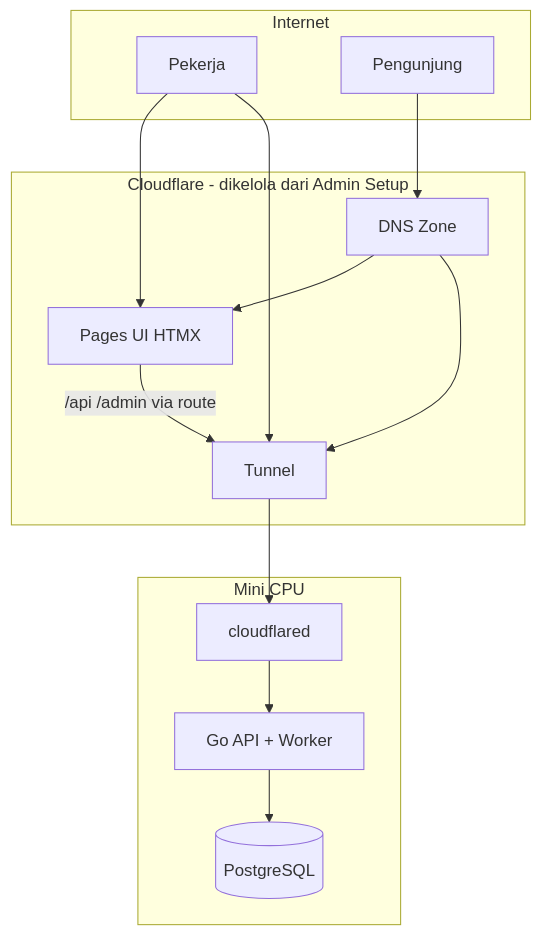
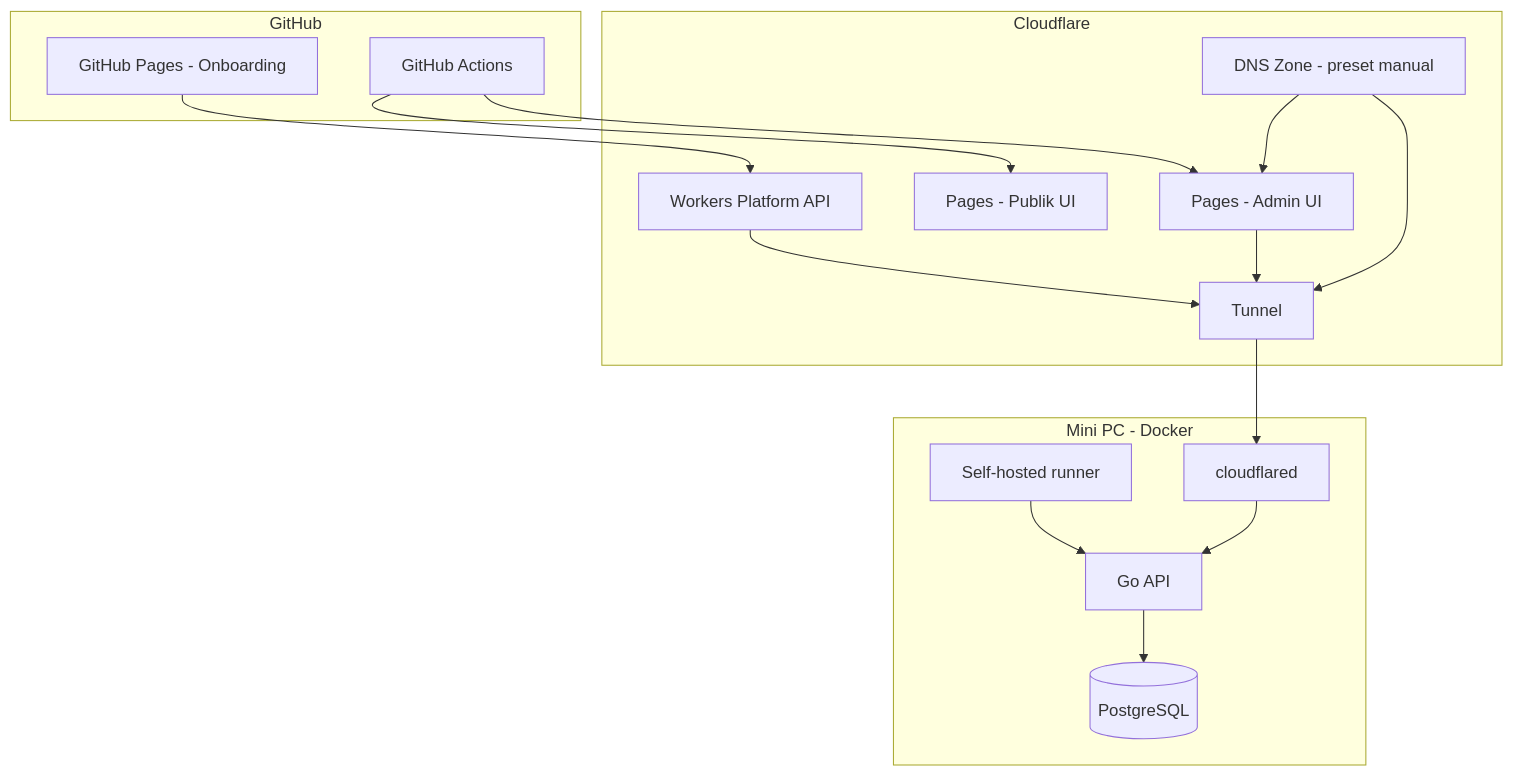
The diagram in Plan/02-arsitektur-dan-infrastruktur.md (WBetEngine/Seosementara), drawn with Mermaid before and after one commit. The commit also changed other lines of this file and 21 other files, not shown here.

````diff
--- a/Plan/02-arsitektur-dan-infrastruktur.md
+++ b/Plan/02-arsitektur-dan-infrastruktur.md
@@ -9,25 +15,30 @@
 ```mermaid
 flowchart TB
-  subgraph internet [Internet]
-    Worker[Pekerja]
-    Visitor[Pengunjung]
+  subgraph gh [GitHub]
+    Onboard[GitHub Pages - Onboarding]
+    Actions[GitHub Actions]
   end
-  subgraph cf [Cloudflare - dikelola dari Admin Setup]
-    Pages[Pages UI HTMX]
+  subgraph cf [Cloudflare]
+    AdminPages[Pages - Admin UI]
+    PublicPages[Pages - Publik UI]
+    Worker[Workers Platform API]
     Tunnel[Tunnel]
-    DNS[DNS Zone]
+    DNS[DNS Zone - preset manual]
   end
-  subgraph mini [Mini CPU]
-    Go[Go API + Worker]
+  subgraph mini [Mini PC - Docker]
+    Go[Go API]
     CFd[cloudflared]
     DB[(PostgreSQL)]
+    GHR[Self-hosted runner]
   end
-  Worker --> Pages
+  Onboard --> Worker
+  Actions --> AdminPages
+  Actions --> PublicPages
   Worker --> Tunnel
-  Visitor --> DNS
-  DNS --> Pages
-  DNS --> Tunnel
-  Pages -->|/api /admin via route| Tunnel
+  GHR --> Go
   Tunnel --> CFd --> Go
   Go --> DB
+  AdminPages --> Tunnel
+  DNS --> Tunnel
+  DNS --> AdminPages
 ```
````
